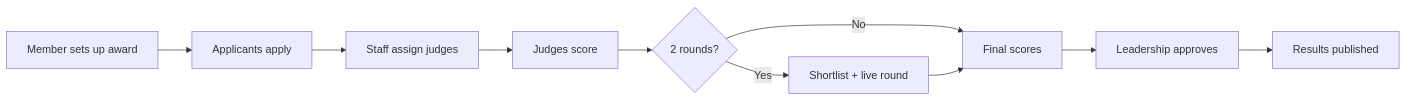
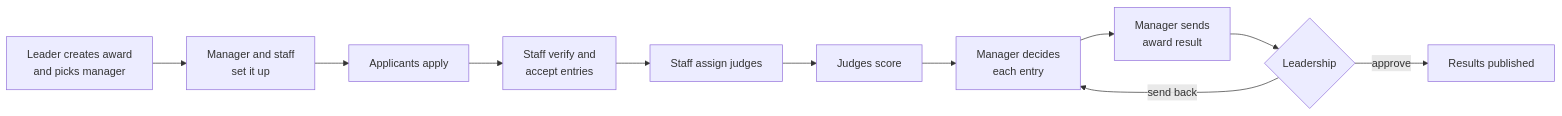
The diagram in docs/User-Workflows.md (shashankgusain2-glitch/AwardApplication), drawn with Mermaid before and after one commit. The commit also changed other lines of this file and 13 other files, not shown here.

First line of the commit message:
Docs: roadmaps, timeline and role docs match the app

````diff
--- a/docs/User-Workflows.md
+++ b/docs/User-Workflows.md
@@ -112,12 +118,13 @@
 ```mermaid
 flowchart LR
-    A[Member sets up award] --> B[Applicants apply]
-    B --> C[Staff assign judges]
-    C --> D[Judges score]
-    D --> E{2 rounds?}
-    E -- Yes --> F[Shortlist + live round]
-    E -- No --> G[Final scores]
-    F --> G
-    G --> H[Leadership approves]
-    H --> I[Results published]
+    A[Leader creates award<br/>and picks manager] --> B[Manager and staff<br/>set it up]
+    B --> C[Applicants apply]
+    C --> D[Staff verify and<br/>accept entries]
+    D --> E[Staff assign judges]
+    E --> F[Judges score]
+    F --> G[Manager decides<br/>each entry]
+    G --> H[Manager sends<br/>award result]
+    H --> I{Leadership}
+    I -- approve --> J[Results published]
+    I -- send back --> G
 ```
````
